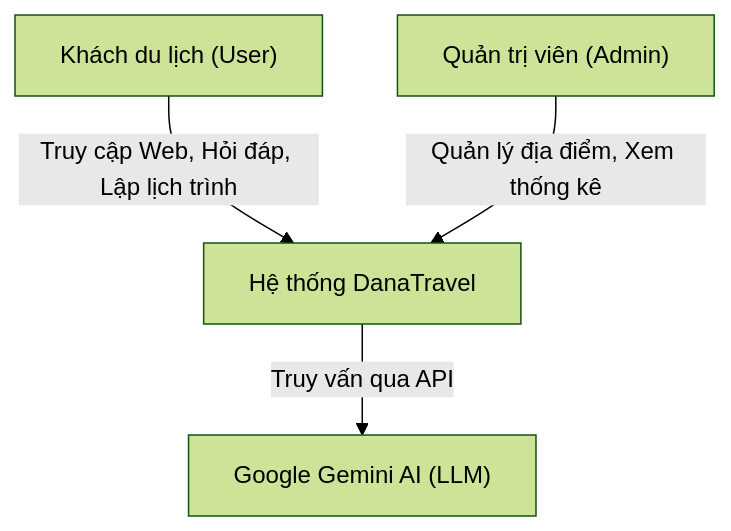
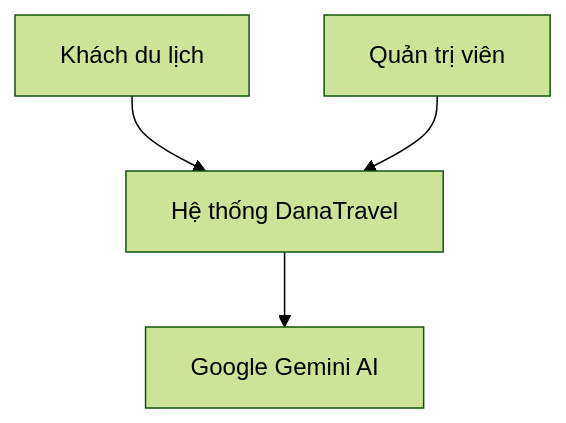
Before and after one commit to Doggie-H/Dana-Travel: the first of 5 diagrams in docs/ARCHITECTURE.md, drawn with Mermaid (forest theme). The commit also changed other lines of this file, not shown here.

````diff
--- a/docs/ARCHITECTURE.md
+++ b/docs/ARCHITECTURE.md
@@ -12,6 +11,6 @@
 ```mermaid
 graph TD
-    User["Khách du lịch (User)"] -- "Truy cập Web, Hỏi đáp, Lập lịch trình" --> System["Hệ thống DanaTravel"]
-    Admin["Quản trị viên (Admin)"] -- "Quản lý địa điểm, Xem thống kê" --> System
-    System -- "Truy vấn qua API" --> Gemini["Google Gemini AI (LLM)"]
+    User[Khách du lịch] --> System[Hệ thống DanaTravel]
+    Admin[Quản trị viên] --> System
+    System --> Gemini[Google Gemini AI]
 ```
````
